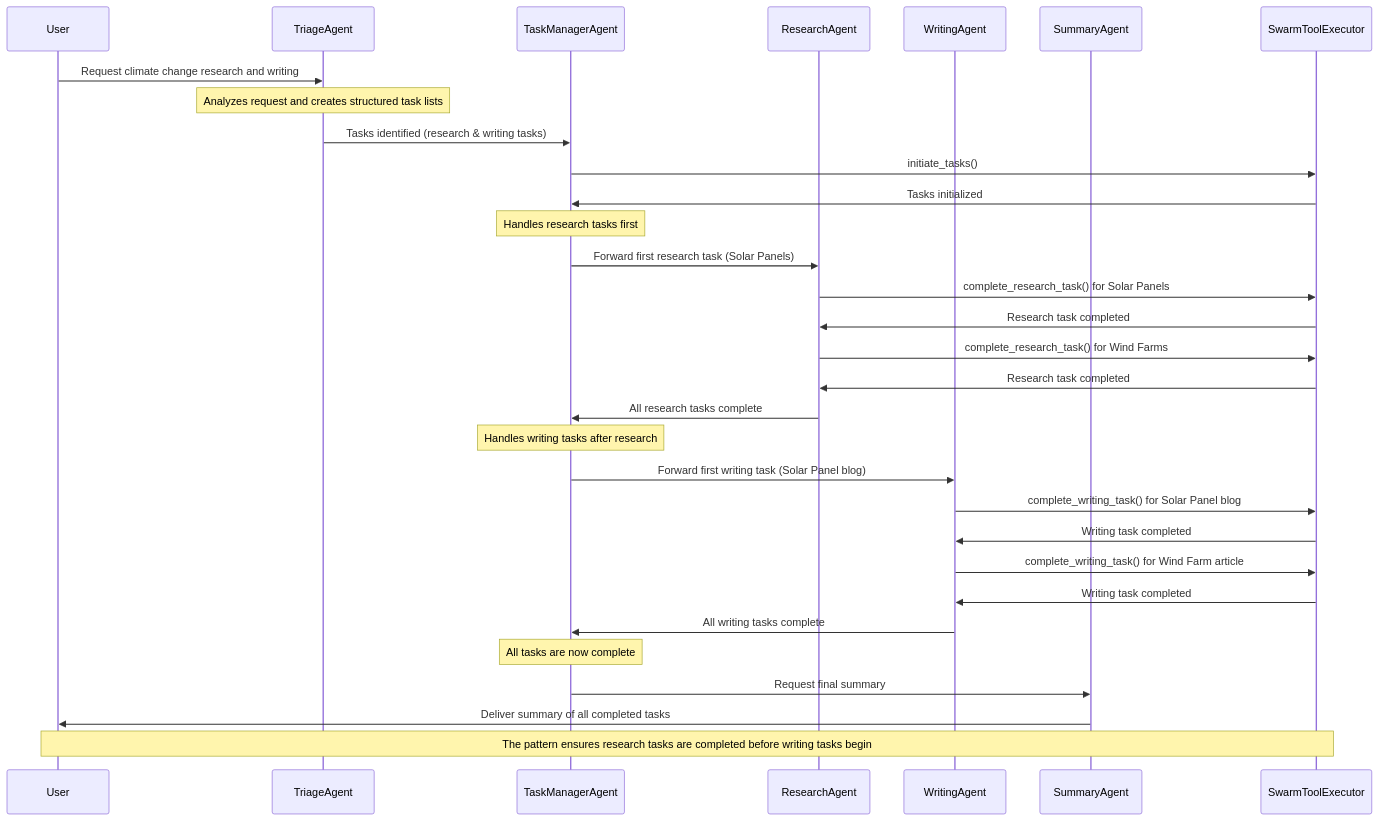
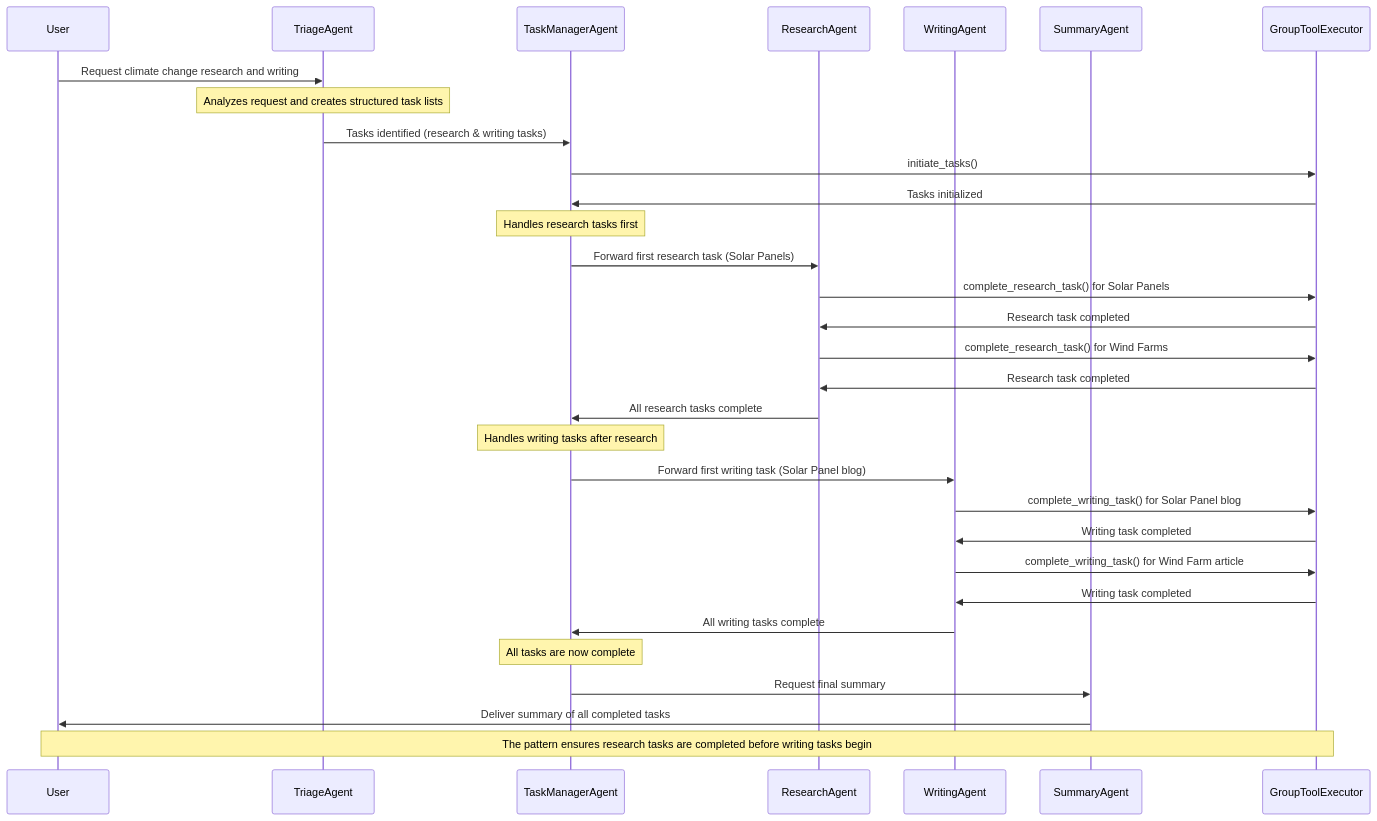
The diagram in website/docs/user-guide/advanced-concepts/pattern-cookbook/triage_with_tasks.mdx (ag2ai/ag2), drawn with Mermaid before and after one commit. The commit also changed other lines of this file and 8 other files, not shown here.

````diff
--- a/website/docs/user-guide/advanced-concepts/pattern-cookbook/triage_with_tasks.mdx
+++ b/website/docs/user-guide/advanced-concepts/pattern-cookbook/triage_with_tasks.mdx
@@ -55,47 +56,47 @@
 ```mermaid
 sequenceDiagram
     participant User
     participant Triage as TriageAgent
     participant TaskMgr as TaskManagerAgent
     participant Research as ResearchAgent
     participant Writing as WritingAgent
     participant Summary as SummaryAgent
-    participant Tool as SwarmToolExecutor
+    participant Tool as GroupToolExecutor
 
     User->>Triage: Request climate change research and writing
 
     Note over Triage: Analyzes request and creates structured task lists
     Triage->>TaskMgr: Tasks identified (research & writing tasks)
 
     TaskMgr->>Tool: initiate_tasks()
     Tool->>TaskMgr: Tasks initialized
 
     Note over TaskMgr: Handles research tasks first
     TaskMgr->>Research: Forward first research task (Solar Panels)
 
     Research->>Tool: complete_research_task() for Solar Panels
     Tool->>Research: Research task completed
 
     Research->>Tool: complete_research_task() for Wind Farms
     Tool->>Research: Research task completed
 
     Research->>TaskMgr: All research tasks complete
 
     Note over TaskMgr: Handles writing tasks after research
     TaskMgr->>Writing: Forward first writing task (Solar Panel blog)
 
     Writing->>Tool: complete_writing_task() for Solar Panel blog
     Tool->>Writing: Writing task completed
 
     Writing->>Tool: complete_writing_task() for Wind Farm article
     Tool->>Writing: Writing task completed
 
     Writing->>TaskMgr: All writing tasks complete
 
     Note over TaskMgr: All tasks are now complete
     TaskMgr->>Summary: Request final summary
 
     Summary->>User: Deliver summary of all completed tasks
 
     Note over User, Tool: The pattern ensures research tasks are completed before writing tasks begin
 ```
````
